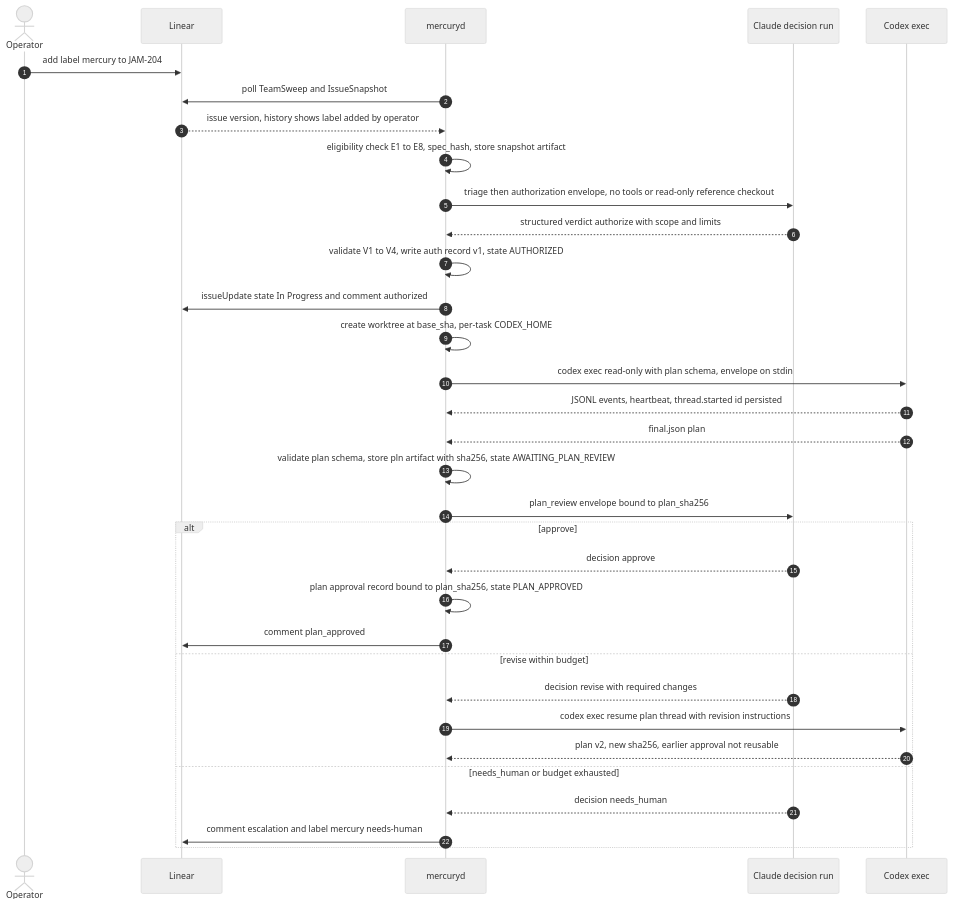
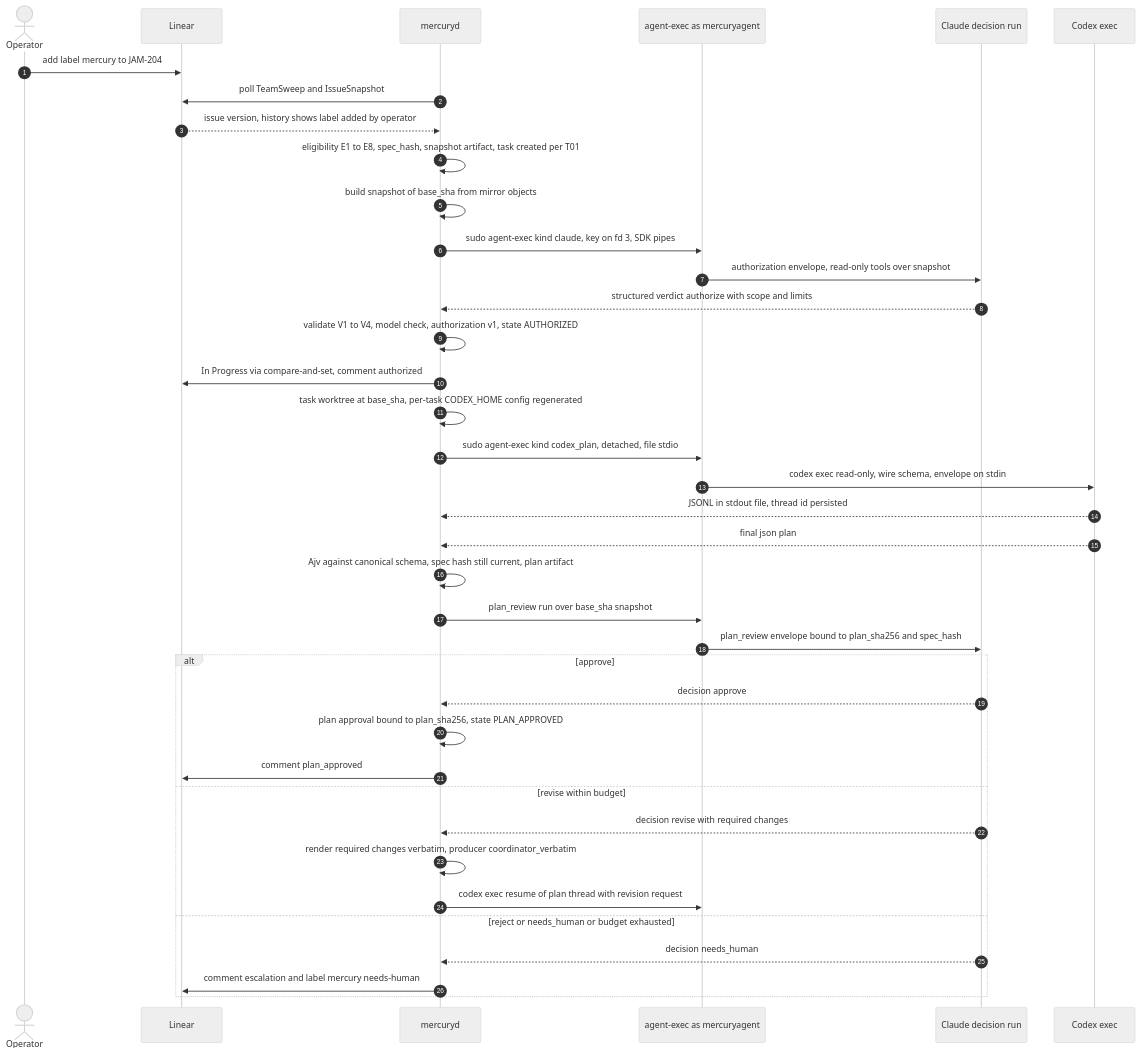
Before and after one commit to usjbro/Project-Mercury: the first of 5 diagrams in docs/mercury/integrations/github.md, drawn with Mermaid (neutral theme). The commit also changed other lines of this file and 5 other files, not shown here.

````diff
--- a/docs/mercury/integrations/github.md
+++ b/docs/mercury/integrations/github.md
@@ -387,35 +504,40 @@
 ```mermaid
 sequenceDiagram
     autonumber
     actor Op as Operator
     participant L as Linear
     participant M as mercuryd
+    participant AX as agent-exec as mercuryagent
     participant C as Claude decision run
     participant X as Codex exec
     Op->>L: add label mercury to JAM-204
     M->>L: poll TeamSweep and IssueSnapshot
     L-->>M: issue version, history shows label added by operator
-    M->>M: eligibility check E1 to E8, spec_hash, store snapshot artifact
-    M->>C: triage then authorization envelope, no tools or read-only reference checkout
+    M->>M: eligibility E1 to E8, spec_hash, snapshot artifact, task created per T01
+    M->>M: build snapshot of base_sha from mirror objects
+    M->>AX: sudo agent-exec kind claude, key on fd 3, SDK pipes
+    AX->>C: authorization envelope, read-only tools over snapshot
     C-->>M: structured verdict authorize with scope and limits
-    M->>M: validate V1 to V4, write auth record v1, state AUTHORIZED
-    M->>L: issueUpdate state In Progress and comment authorized
-    M->>M: create worktree at base_sha, per-task CODEX_HOME
-    M->>X: codex exec read-only with plan schema, envelope on stdin
-    X-->>M: JSONL events, heartbeat, thread.started id persisted
-    X-->>M: final.json plan
-    M->>M: validate plan schema, store pln artifact with sha256, state AWAITING_PLAN_REVIEW
-    M->>C: plan_review envelope bound to plan_sha256
+    M->>M: validate V1 to V4, model check, authorization v1, state AUTHORIZED
+    M->>L: In Progress via compare-and-set, comment authorized
+    M->>M: task worktree at base_sha, per-task CODEX_HOME config regenerated
+    M->>AX: sudo agent-exec kind codex_plan, detached, file stdio
+    AX->>X: codex exec read-only, wire schema, envelope on stdin
+    X-->>M: JSONL in stdout file, thread id persisted
+    X-->>M: final json plan
+    M->>M: Ajv against canonical schema, spec hash still current, plan artifact
+    M->>AX: plan_review run over base_sha snapshot
+    AX->>C: plan_review envelope bound to plan_sha256 and spec_hash
     alt approve
         C-->>M: decision approve
-        M->>M: plan approval record bound to plan_sha256, state PLAN_APPROVED
+        M->>M: plan approval bound to plan_sha256, state PLAN_APPROVED
         M->>L: comment plan_approved
     else revise within budget
         C-->>M: decision revise with required changes
-        M->>X: codex exec resume plan thread with revision instructions
-        X-->>M: plan v2, new sha256, earlier approval not reusable
-    else needs_human or budget exhausted
+        M->>M: render required changes verbatim, producer coordinator_verbatim
+        M->>AX: codex exec resume of plan thread with revision request
+    else reject or needs_human or budget exhausted
         C-->>M: decision needs_human
         M->>L: comment escalation and label mercury needs-human
     end
 ```
````
